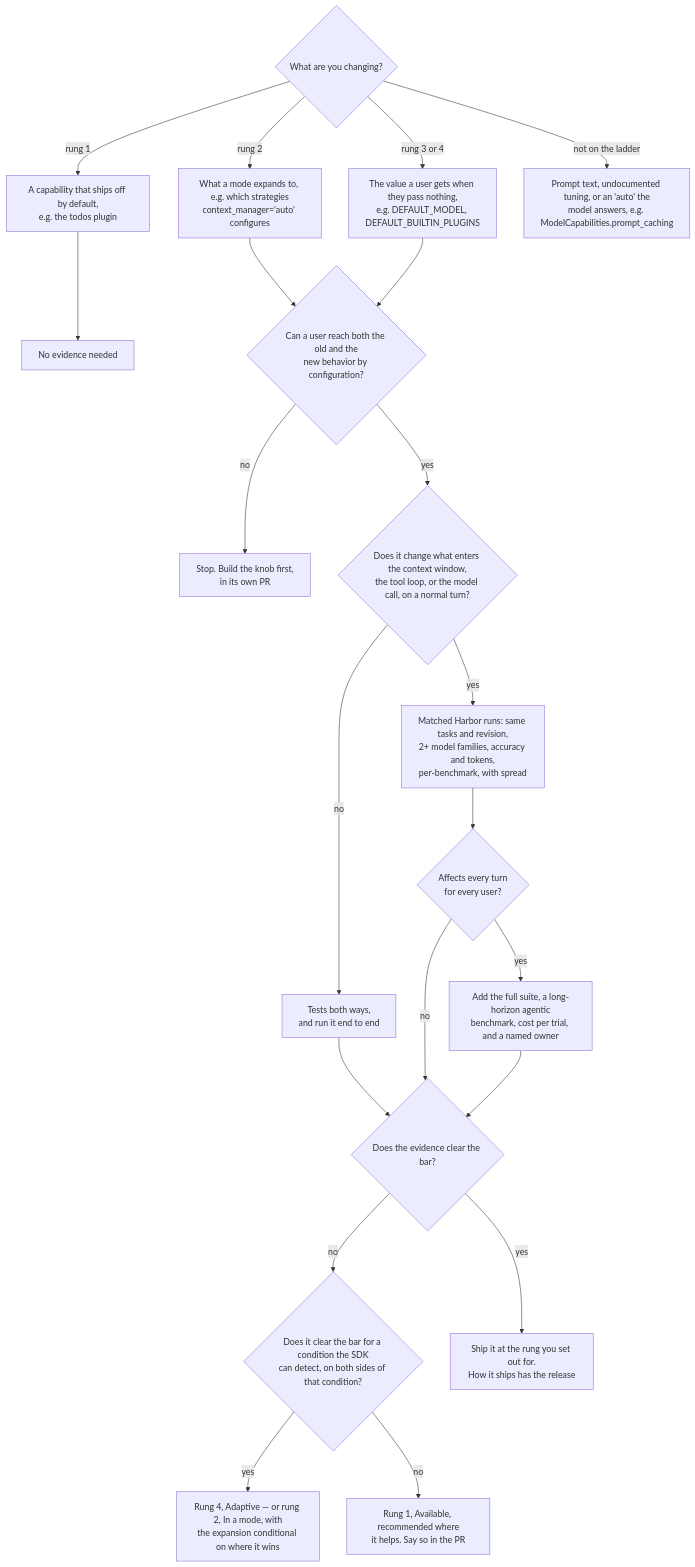
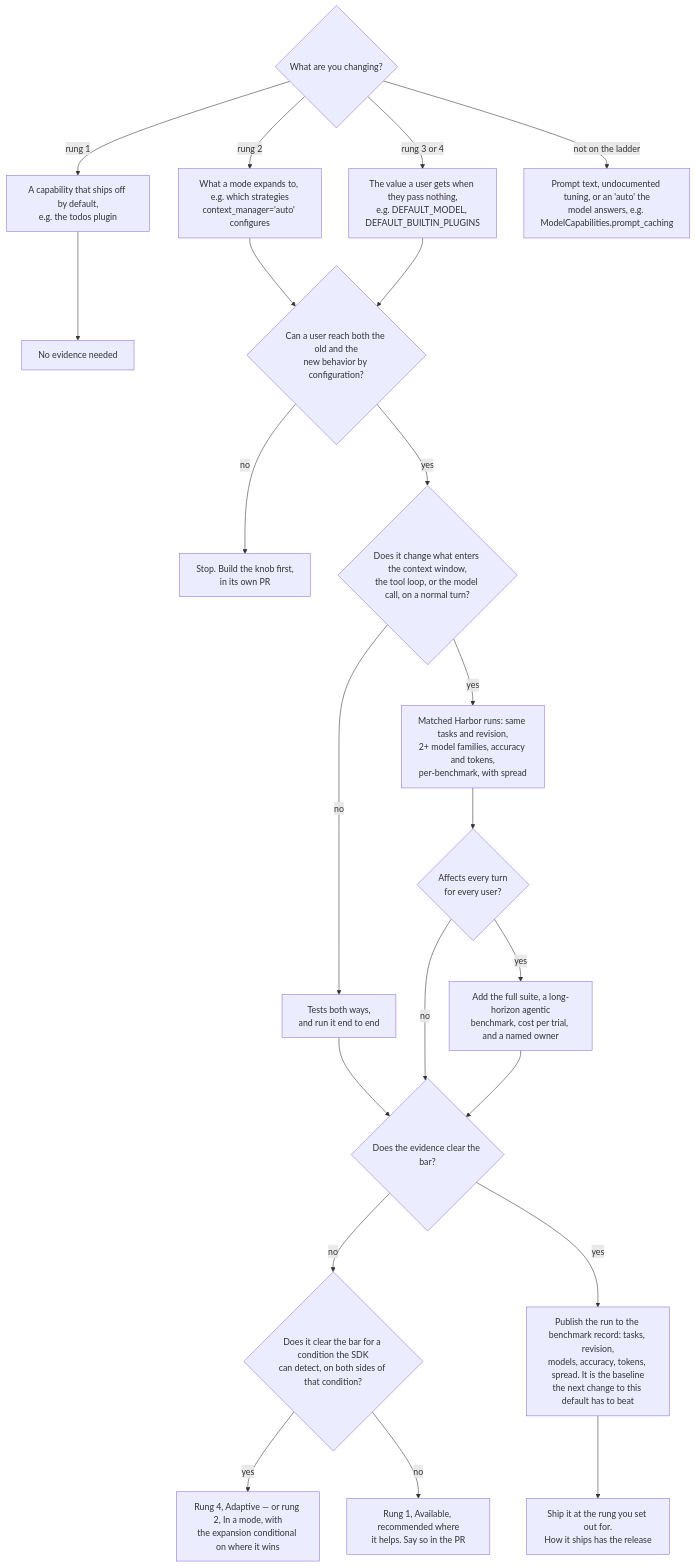
One commit to strands-agents/harness-sdk changed the diagram in team/DEFAULTS.md. Above: the diagram before and after it, drawn with Mermaid. The commit also changed other lines of this file, not shown here.

Commit message:
docs(team): publish a winning run to the benchmark record before shipping

````diff
--- a/team/DEFAULTS.md
+++ b/team/DEFAULTS.md
@@ -40,30 +40,31 @@
 ```mermaid
 flowchart TD
     A{"What are you changing?"}
     A -->|"rung 1"| A1["A capability that ships off by default,<br/>e.g. the todos plugin"]
     A1 --> A1b["No evidence needed"]
     A -->|"rung 2"| A2["What a mode expands to, e.g. which strategies<br/>context_manager='auto' configures"]
     A -->|"rung 3 or 4"| A3["The value a user gets when they pass nothing,<br/>e.g. DEFAULT_MODEL, DEFAULT_BUILTIN_PLUGINS"]
     A -->|"not on the ladder"| A4["Prompt text, undocumented tuning, or an 'auto' the<br/>model answers, e.g. ModelCapabilities.prompt_caching"]
 
     A2 --> B
     A3 --> B
     B{"Can a user reach both the old and the<br/>new behavior by configuration?"}
     B -->|no| B1["Stop. Build the knob first,<br/>in its own PR"]
 
     B -->|yes| C{"Does it change what enters the context window,<br/>the tool loop, or the model call, on a normal turn?"}
     C -->|no| C1["Tests both ways,<br/>and run it end to end"]
     C -->|yes| C2["Matched Harbor runs: same tasks and revision,<br/>2+ model families, accuracy and tokens,<br/>per-benchmark, with spread"]
     C2 --> C3{"Affects every turn<br/>for every user?"}
     C3 -->|yes| C4["Add the full suite, a long-horizon agentic<br/>benchmark, cost per trial, and a named owner"]
     C1 --> D
     C3 -->|no| D
     C4 --> D
 
     D{"Does the evidence clear the bar?"}
     D -->|no| E{"Does it clear the bar for a condition the SDK<br/>can detect, on both sides of that condition?"}
     E -->|yes| E1["Rung 4, Adaptive — or rung 2, In a mode, with<br/>the expansion conditional on where it wins"]
     E -->|no| E2["Rung 1, Available, recommended where<br/>it helps. Say so in the PR"]
 
-    D -->|yes| F["Ship it at the rung you set out for.<br/>How it ships has the release"]
+    D -->|yes| F["Publish the run to the benchmark record: tasks, revision,<br/>models, accuracy, tokens, spread. It is the baseline<br/>the next change to this default has to beat"]
+    F --> G["Ship it at the rung you set out for.<br/>How it ships has the release"]
 ```
````
